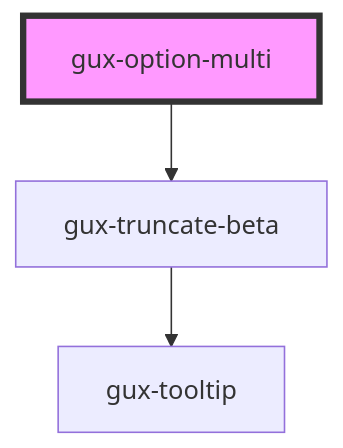
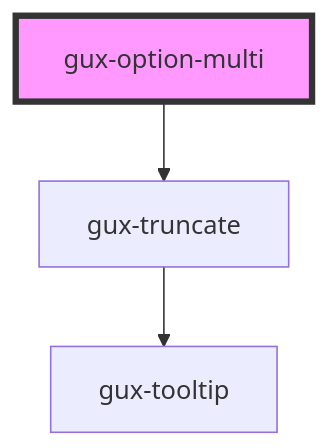
Before and after one commit to MyPureCloud/genesys-spark: the diagram in packages/genesys-spark-components/src/components/stable/gux-listbox-multi/gux-option-multi/readme.md, drawn with Mermaid. The commit also changed other lines of this file and 39 other files, not shown here.

First line of the commit message:
refactor(truncate): move from beta to stable

````diff
--- a/packages/genesys-spark-components/src/components/stable/gux-listbox-multi/gux-option-multi/readme.md
+++ b/packages/genesys-spark-components/src/components/stable/gux-listbox-multi/gux-option-multi/readme.md
@@ -41,6 +41,6 @@
 ```mermaid
 graph TD;
-  gux-option-multi --> gux-truncate-beta
-  gux-truncate-beta --> gux-tooltip
+  gux-option-multi --> gux-truncate
+  gux-truncate --> gux-tooltip
   style gux-option-multi fill:#f9f,stroke:#333,stroke-width:4px
 ```
````
